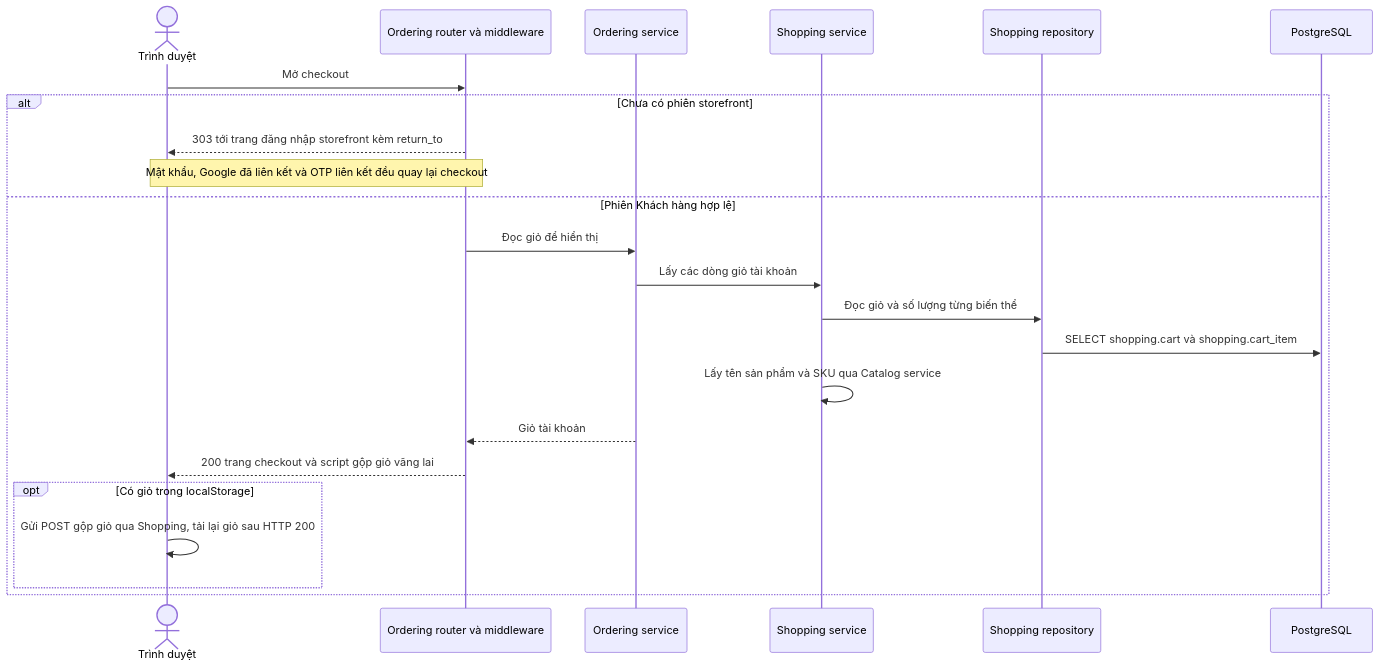
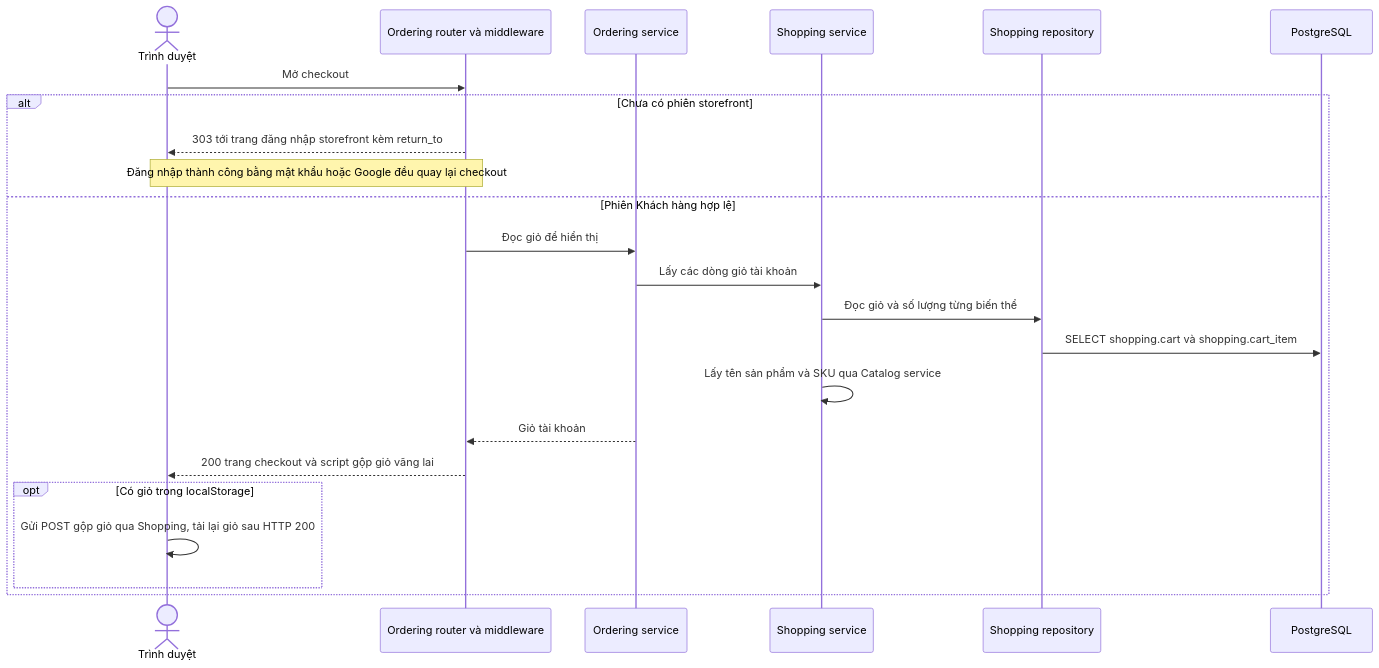
Before and after one commit to thanhklt/sobie-swimwear-e-commerce: the diagram in docs/sequence/ordering/get-checkout.md, drawn with Mermaid. The commit also changed 127 other files, not shown here.

````diff
--- a/docs/sequence/ordering/get-checkout.md
+++ b/docs/sequence/ordering/get-checkout.md
@@ -5,25 +5,25 @@
 ```mermaid
 sequenceDiagram
     actor Browser as Trình duyệt
     participant Route as Ordering router và middleware
     participant Service as Ordering service
     participant Shopping as Shopping service
     participant Repo as Shopping repository
     participant DB as PostgreSQL
     Browser->>Route: Mở checkout
     alt Chưa có phiên storefront
         Route-->>Browser: 303 tới trang đăng nhập storefront kèm return_to
-        Note over Browser,Route: Mật khẩu, Google đã liên kết và OTP liên kết đều quay lại checkout
+        Note over Browser,Route: Đăng nhập thành công bằng mật khẩu hoặc Google đều quay lại checkout
     else Phiên Khách hàng hợp lệ
         Route->>Service: Đọc giỏ để hiển thị
         Service->>Shopping: Lấy các dòng giỏ tài khoản
         Shopping->>Repo: Đọc giỏ và số lượng từng biến thể
         Repo->>DB: SELECT shopping.cart và shopping.cart_item
         Shopping->>Shopping: Lấy tên sản phẩm và SKU qua Catalog service
         Service-->>Route: Giỏ tài khoản
         Route-->>Browser: 200 trang checkout và script gộp giỏ vãng lai
         opt Có giỏ trong localStorage
             Browser->>Browser: Gửi POST gộp giỏ qua Shopping, tải lại giỏ sau HTTP 200
         end
     end
 ```
````
